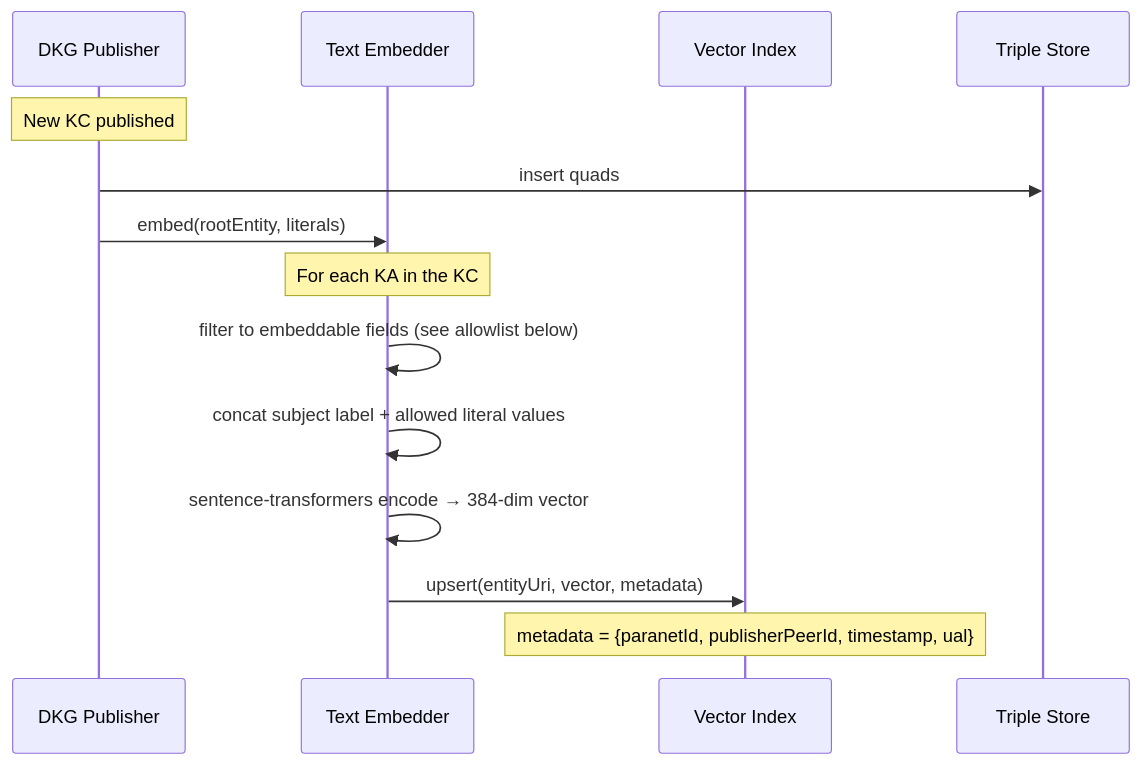
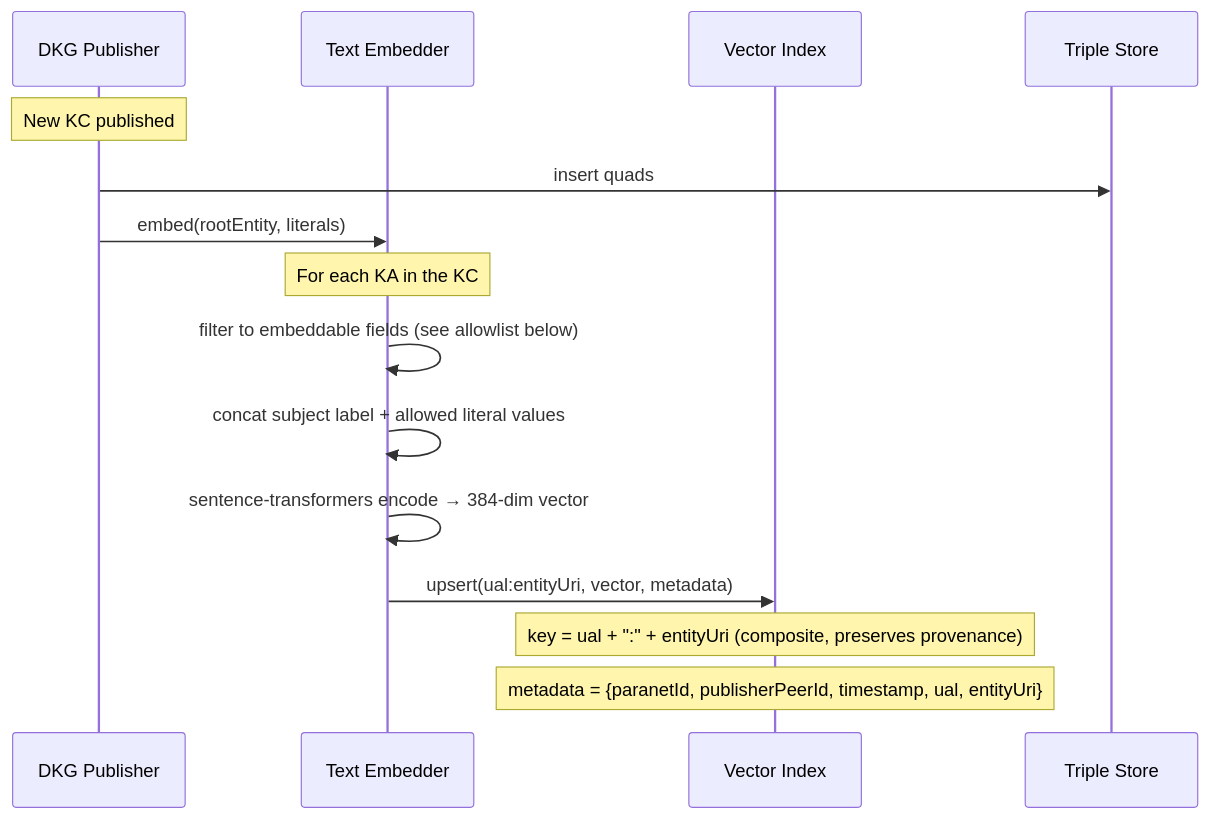
The fourth of 7 diagrams in docs/plans/PLAN_SEMANTIC_SEARCH_AND_GRAPH_EMBEDDINGS.md (OriginTrail/dkg-v9), drawn with Mermaid before and after one commit. The commit also changed other lines of this file, not shown here.

First line of the commit message:
docs: address round 3 — composite key, structural triples, PyKEEN API

````diff
--- a/docs/plans/PLAN_SEMANTIC_SEARCH_AND_GRAPH_EMBEDDINGS.md
+++ b/docs/plans/PLAN_SEMANTIC_SEARCH_AND_GRAPH_EMBEDDINGS.md
@@ -182,19 +182,20 @@
 ```mermaid
 sequenceDiagram
     participant Publisher as DKG Publisher
     participant Embedder as Text Embedder
     participant VecIndex as Vector Index
     participant Store as Triple Store
 
     Note over Publisher: New KC published
     Publisher->>Store: insert quads
     Publisher->>Embedder: embed(rootEntity, literals)
     
     Note over Embedder: For each KA in the KC
     Embedder->>Embedder: filter to embeddable fields (see allowlist below)
     Embedder->>Embedder: concat subject label + allowed literal values
     Embedder->>Embedder: sentence-transformers encode → 384-dim vector
-    Embedder->>VecIndex: upsert(entityUri, vector, metadata)
+    Embedder->>VecIndex: upsert(ual:entityUri, vector, metadata)
     
-    Note over VecIndex: metadata = {paranetId, publisherPeerId, timestamp, ual}
+    Note over VecIndex: key = ual + ":" + entityUri (composite, preserves provenance)
+    Note over VecIndex: metadata = {paranetId, publisherPeerId, timestamp, ual, entityUri}
 ```
````
